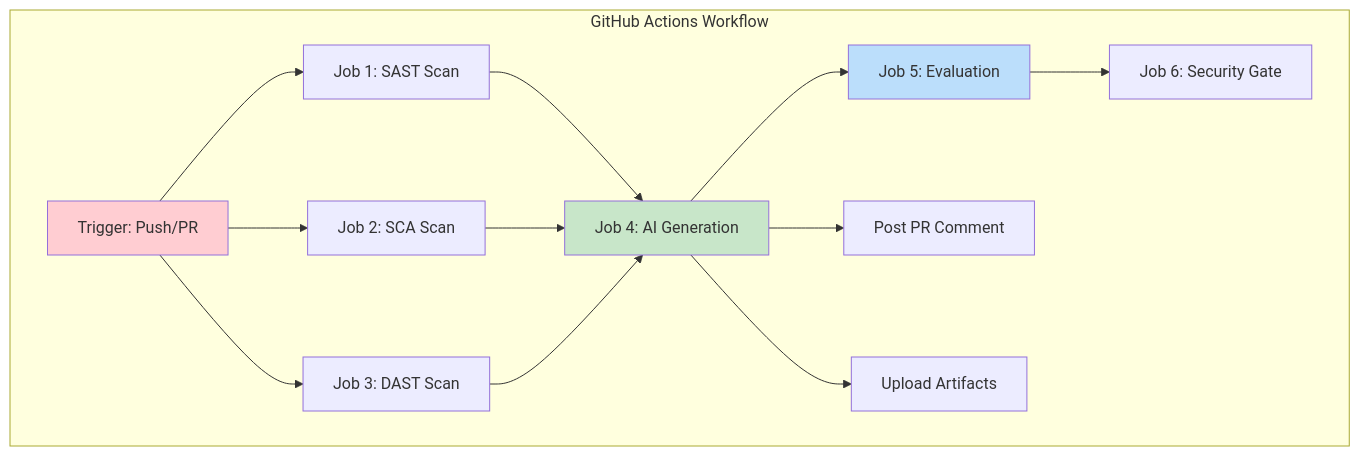
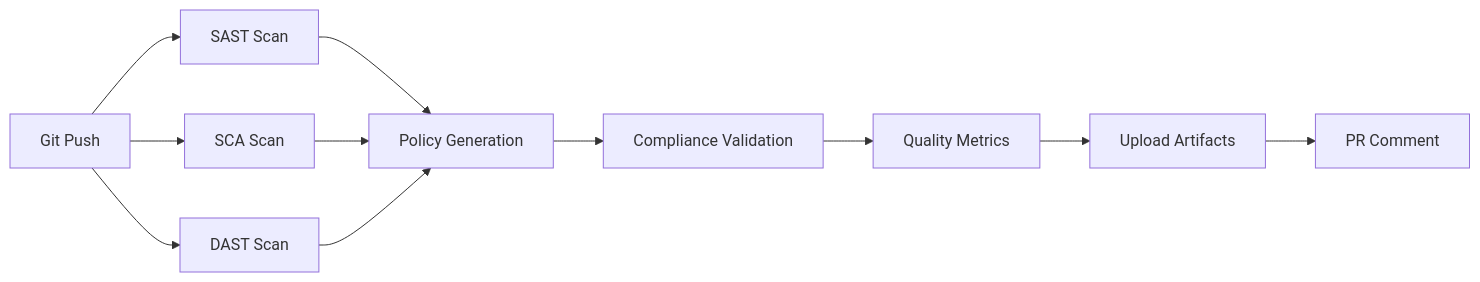
The second of 2 diagrams in README.md (yousef-elgarch1/SecureFlow-AI---DevSecOps), drawn with Mermaid before and after one commit. The commit also changed other lines of this file, not shown here.

````diff
--- a/README.md
+++ b/README.md
@@ -509,23 +480,13 @@
 ```mermaid
-graph TB
-    subgraph "GitHub Actions Workflow"
-        T[Trigger: Push/PR]
-        T --> S1[Job 1: SAST Scan]
-        T --> S2[Job 2: SCA Scan]
-        T --> S3[Job 3: DAST Scan]
-
-        S1 --> AG[Job 4: AI Generation]
-        S2 --> AG
-        S3 --> AG
-
-        AG --> E[Job 5: Evaluation]
-        E --> G[Job 6: Security Gate]
-
-        AG --> PR[Post PR Comment]
-        AG --> AR[Upload Artifacts]
-    end
-
-    style T fill:#ffcdd2
-    style AG fill:#c8e6c9
-    style E fill:#bbdefb
+graph LR
+    A[Git Push] --> B[SAST Scan]
+    A --> C[SCA Scan]
+    A --> D[DAST Scan]
+    B --> E[Policy Generation]
+    C --> E
+    D --> E
+    E --> F[Compliance Validation]
+    F --> G[Quality Metrics]
+    G --> H[Upload Artifacts]
+    H --> I[PR Comment]
 ```
````
